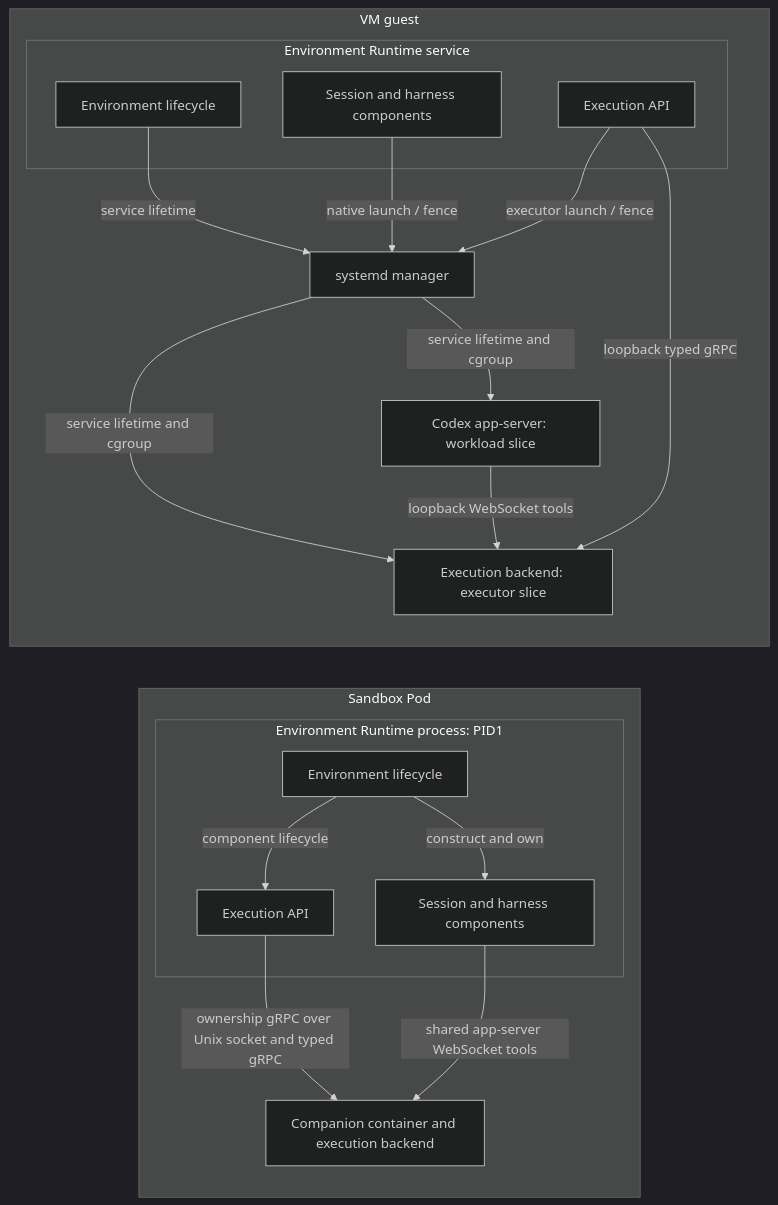
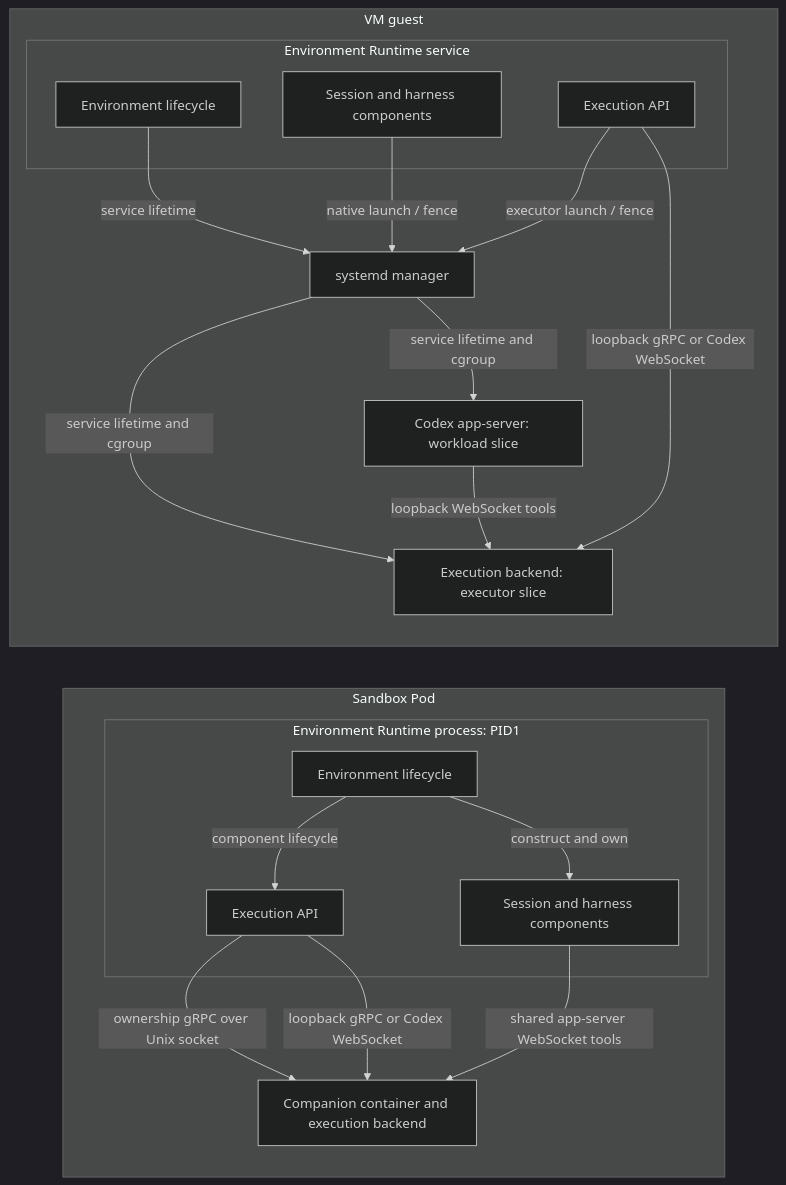
The eighth of 18 diagrams in agentplane/docs/system_overview.md (agentydragon/ducktape), drawn with Mermaid (dark theme) before and after one commit. The commit also changed other lines of this file, not shown here.

Commit message:
Document selectable execution backends

````diff
--- a/agentplane/docs/system_overview.md
+++ b/agentplane/docs/system_overview.md
@@ -533,32 +533,33 @@
 ```mermaid
 flowchart LR
     subgraph pod[Sandbox Pod]
         subgraph pod_runtime[Environment Runtime process: PID1]
           runtime[Environment lifecycle]
           host[Session and harness components]
           execution[Execution API]
         end
         exec[Companion container and execution backend]
         runtime -->|construct and own| host
         runtime -->|component lifecycle| execution
-        execution -->|ownership gRPC over Unix socket and typed gRPC| exec
+        execution -->|ownership gRPC over Unix socket| exec
+        execution -->|loopback gRPC or Codex WebSocket| exec
         host -->|shared app-server WebSocket tools| exec
     end
     subgraph vm[VM guest]
         subgraph vm_runtime[Environment Runtime service]
           vmruntime[Environment lifecycle]
           vmhost[Session and harness components]
           vmexecution[Execution API]
         end
         manager[systemd manager]
         harness[Codex app-server: workload slice]
         vmexec[Execution backend: executor slice]
         vmruntime -->|service lifetime| manager
         vmhost -->|native launch / fence| manager
         vmexecution -->|executor launch / fence| manager
         manager -->|service lifetime and cgroup| vmexec
-        vmexecution -->|loopback typed gRPC| vmexec
+        vmexecution -->|loopback gRPC or Codex WebSocket| vmexec
         manager -->|service lifetime and cgroup| harness
         harness -->|loopback WebSocket tools| vmexec
     end
 ```
````
